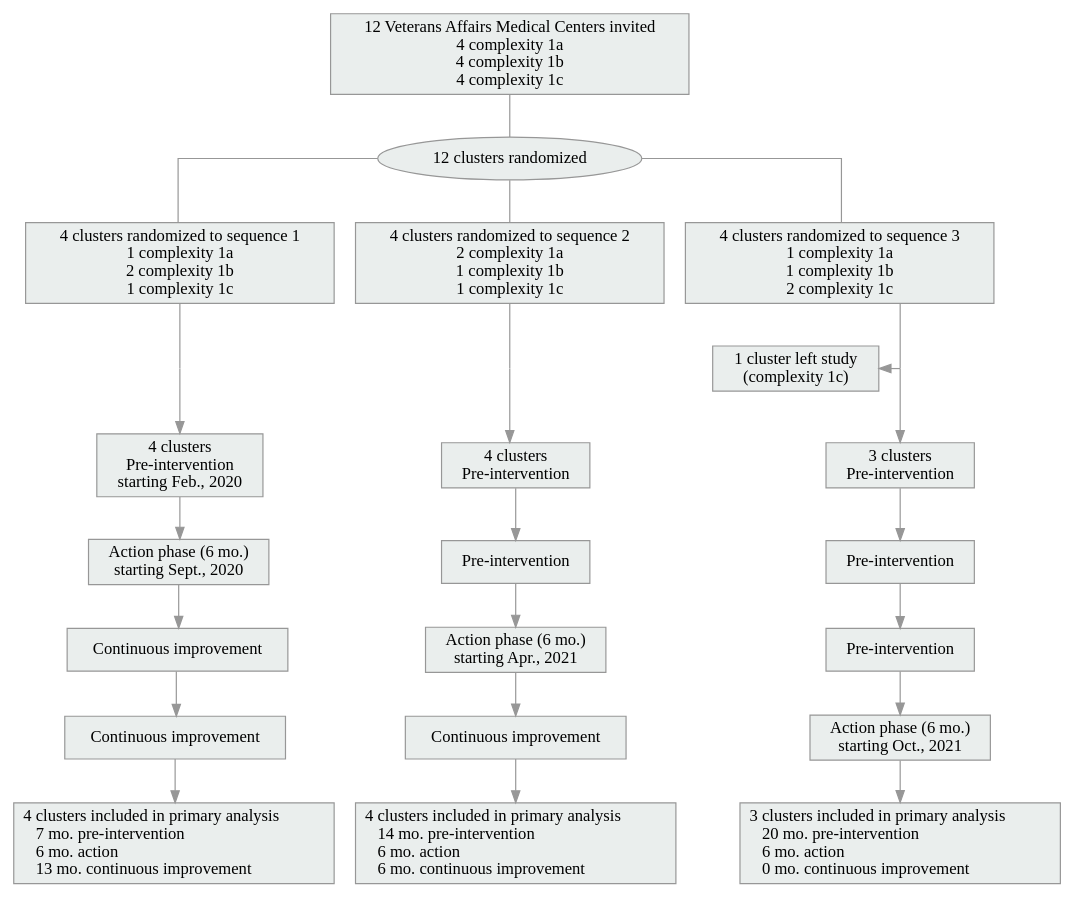
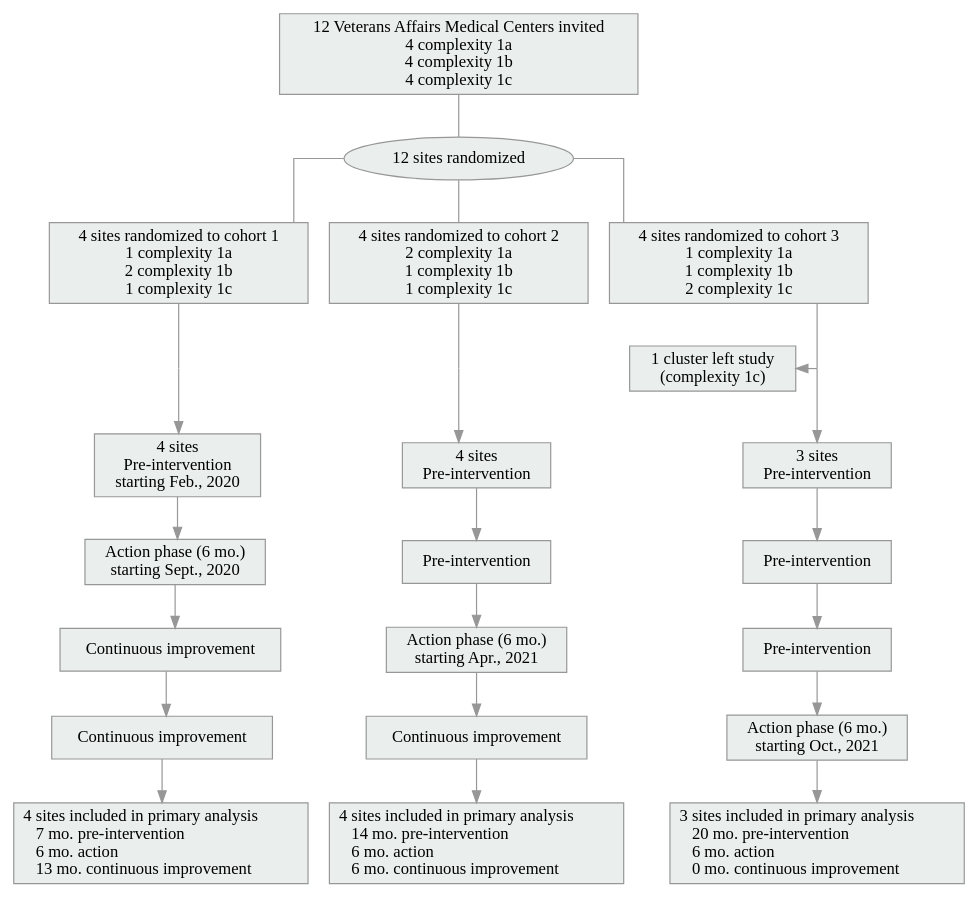
The diagram in advanced/consort-like.dot (zimolzak/instruct-project-etrigger-sql), drawn with Graphviz before and after one commit.

Commit message:
Change cluster and sequence to site and cohort.

```diff
--- a/advanced/consort-like.dot
+++ b/advanced/consort-like.dot
@@ -1,97 +1,97 @@
 digraph  {
 
 splines=ortho
 node [style=filled, fillcolor="#EAEEED", fontname="Trebuchet MS", color="#979797", shape=rectangle]
 edge [color="#979797"]
 
 
 
 
 # Top nodes
 
 root [label="12 Veterans Affairs Medical Centers invited\n4 complexity 1a\n4 complexity 1b\n4 complexity 1c\n",
      style=filled, fillcolor="#EAEEED"];
 
-randomize [label="12 clusters randomized", shape=ellipse];
+randomize [label="12 sites randomized", shape=ellipse];
 
-c1 [label="4 clusters randomized to sequence 1\n1 complexity 1a\n2 complexity 1b\n1 complexity 1c"]
-c2 [label="4 clusters randomized to sequence 2\n2 complexity 1a\n1 complexity 1b\n1 complexity 1c"];
-c3 [label="4 clusters randomized to sequence 3\n1 complexity 1a\n1 complexity 1b\n2 complexity 1c"];
+c1 [label="4 sites randomized to cohort 1\n1 complexity 1a\n2 complexity 1b\n1 complexity 1c"]
+c2 [label="4 sites randomized to cohort 2\n2 complexity 1a\n1 complexity 1b\n1 complexity 1c"];
+c3 [label="4 sites randomized to cohort 3\n1 complexity 1a\n1 complexity 1b\n2 complexity 1c"];
 
 
 
 
 # Edges
 
 root -> randomize [arrowhead="none"];
 randomize -> c1 [arrowhead="none"];
 randomize -> c2 [arrowhead="none"];
 randomize -> c3 [arrowhead="none"];
 
 
 
 
 # Bottom nodes
 
 dropout [label="1 cluster left study\n(complexity 1c)"];  # Order matters!
 
 # Invisible point nodes
 
 n1 [fixedsize = true,
 			height = 0,
 			shape = point,
 			style = invis,
 			shape = point];
 n2 [fixedsize = true,
 			height = 0,
 			shape = point,
 			style = invis,
 			shape = point];
 n3 [fixedsize = true,
 			height = 0,
 			shape = point,
 			style = invis,
 			shape = point];
 
 
 
 
 # Main nodes
 
-pre1 [label="4 clusters\nPre-intervention\nstarting Feb., 2020\n"]
-pre2 [label="4 clusters\nPre-intervention"]
-pre3 [label="3 clusters\nPre-intervention"]
+pre1 [label="4 sites\nPre-intervention\nstarting Feb., 2020\n"]
+pre2 [label="4 sites\nPre-intervention"]
+pre3 [label="3 sites\nPre-intervention"]
 
 a1 [label="Action phase (6 mo.)\nstarting Sept., 2020"];
 a2 [label="Pre-intervention"];
 a3 [label="Pre-intervention"]
 
 apr1 [label="Continuous improvement"]
 apr2 [label="Action phase (6 mo.)\nstarting Apr., 2021"]
 apr3 [label="Pre-intervention"]
 
 oct1 [label="Continuous improvement"]
 oct2 [label="Continuous improvement"]
 oct3 [label="Action phase (6 mo.)\nstarting Oct., 2021"]
 
-ana1 [label="4 clusters included in primary analysis\l    7 mo. pre-intervention\l    6 mo. action\l    13 mo. continuous improvement\l"]
-ana2 [label="4 clusters included in primary analysis\l    14 mo. pre-intervention\l    6 mo. action\l    6 mo. continuous improvement\l"]
-ana3 [label="3 clusters included in primary analysis\l    20 mo. pre-intervention\l    6 mo. action\l    0 mo. continuous improvement\l"]
+ana1 [label="4 sites included in primary analysis\l    7 mo. pre-intervention\l    6 mo. action\l    13 mo. continuous improvement\l"]
+ana2 [label="4 sites included in primary analysis\l    14 mo. pre-intervention\l    6 mo. action\l    6 mo. continuous improvement\l"]
+ana3 [label="3 sites included in primary analysis\l    20 mo. pre-intervention\l    6 mo. action\l    0 mo. continuous improvement\l"]
 
 
 
 # Bottom Edges
 
 c1 -> n1 [arrowhead = "none"];
 c2 -> n2 [arrowhead = "none"];
 c3 -> n3 [arrowhead = "none"];
 
 n1 -> pre1 -> a1 -> apr1 -> oct1 -> ana1;
 n2 -> pre2 -> a2 -> apr2 -> oct2 -> ana2;
 n3 -> pre3 -> a3 -> apr3 -> oct3 -> ana3;
 
 c3 -> dropout [style = invis];  # ad hoc
 n3 -> dropout [constraint = false];
 dropout -> a3 [style = invis, constraint = false];  # ad hoc
 
 }
```
